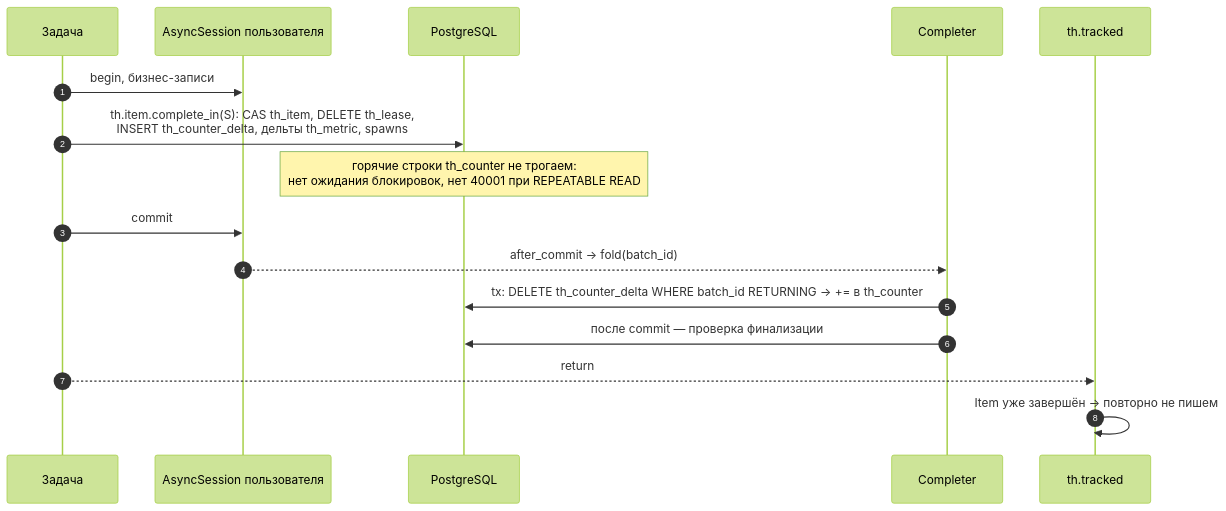
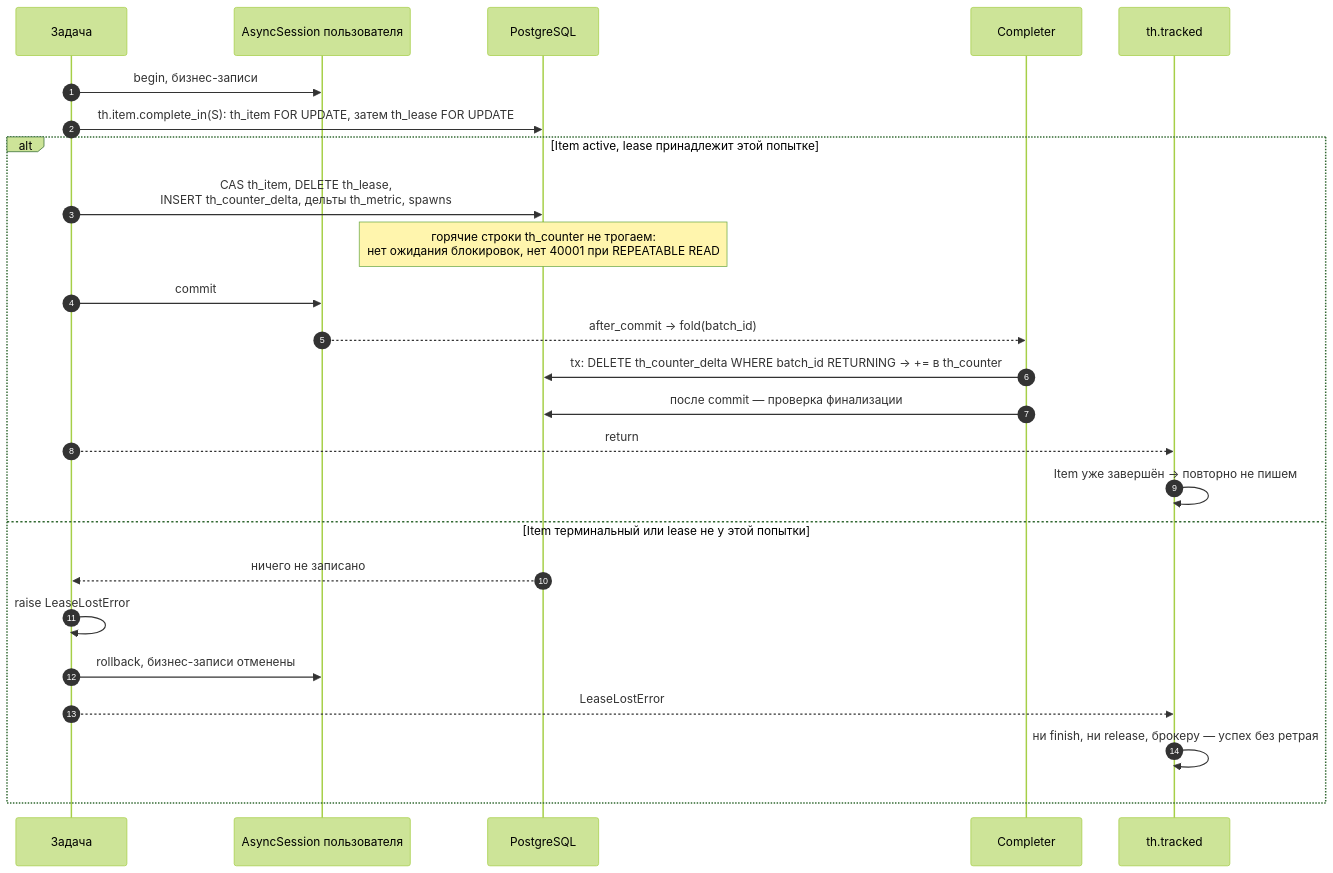
One commit to 0cherednoq/Tallyho changed diagram 20 of 39 in docs/ARCHITECTURE.md. Above: the diagram before and after it, drawn with Mermaid (forest theme). The commit also changed other lines of this file, not shown here.

Commit message:
Fix-8: ARCHITECTURE — complete_in проверяет lease попытки и бросает LeaseLostError
UC-08: путь B блокирует строку th_item, затем th_lease и пишет только
если Item active, а lease принадлежит этой попытке (worker_id + attempt).
Иначе LeaseLostError: транзакция пользователя откатывается, обёртка
th.tracked завершает попытку без finish/release и без ретрая брокера.
Описаны повторный вызов, вызов после отката savepoint, строка в §10,
пометки в §11.2, §11.3 и рецепте §12.9.

````diff
--- a/docs/ARCHITECTURE.md
+++ b/docs/ARCHITECTURE.md
@@ -1090,19 +1090,28 @@
 ```mermaid
 sequenceDiagram
     autonumber
     participant T as Задача
     participant S as AsyncSession пользователя
     participant DB as PostgreSQL
     participant C as Completer
     participant MW as th.tracked
 
     T->>S: begin, бизнес-записи
-    T->>DB: th.item.complete_in(S): CAS th_item, DELETE th_lease,<br/>INSERT th_counter_delta, дельты th_metric, spawns
-    Note over DB: горячие строки th_counter не трогаем:<br/>нет ожидания блокировок, нет 40001 при REPEATABLE READ
-    T->>S: commit
-    S-->>C: after_commit → fold(batch_id)
-    C->>DB: tx: DELETE th_counter_delta WHERE batch_id RETURNING → += в th_counter
-    C->>DB: после commit — проверка финализации
-    T-->>MW: return
-    MW->>MW: Item уже завершён → повторно не пишем
+    T->>DB: th.item.complete_in(S): th_item FOR UPDATE, затем th_lease FOR UPDATE
+    alt Item active, lease принадлежит этой попытке
+        T->>DB: CAS th_item, DELETE th_lease,<br/>INSERT th_counter_delta, дельты th_metric, spawns
+        Note over DB: горячие строки th_counter не трогаем:<br/>нет ожидания блокировок, нет 40001 при REPEATABLE READ
+        T->>S: commit
+        S-->>C: after_commit → fold(batch_id)
+        C->>DB: tx: DELETE th_counter_delta WHERE batch_id RETURNING → += в th_counter
+        C->>DB: после commit — проверка финализации
+        T-->>MW: return
+        MW->>MW: Item уже завершён → повторно не пишем
+    else Item терминальный или lease не у этой попытки
+        DB-->>T: ничего не записано
+        T->>T: raise LeaseLostError
+        T->>S: rollback, бизнес-записи отменены
+        T-->>MW: LeaseLostError
+        MW->>MW: ни finish, ни release, брокеру — успех без ретрая
+    end
 ```
````
